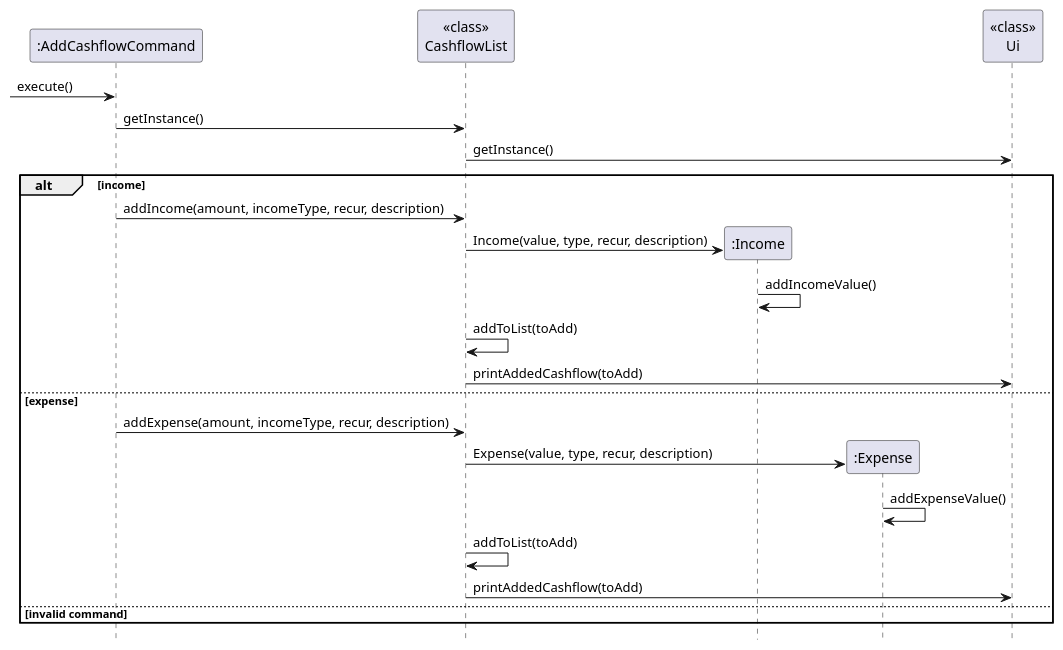
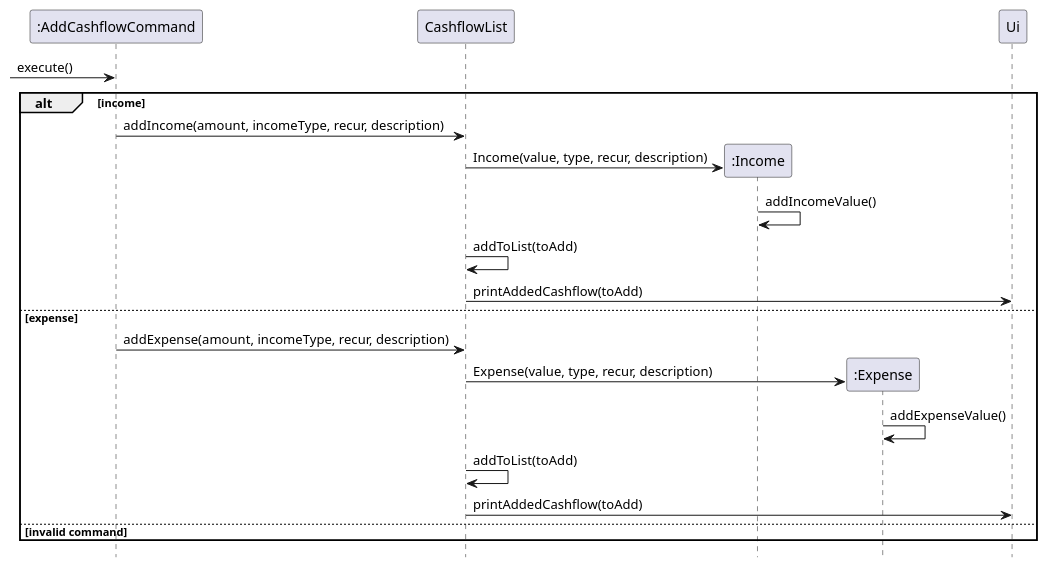
Before and after one commit to nus-cs2113-AY2324S1/tp: the diagram in docs/diagrams/AddCashflowSequence.puml, drawn with PlantUML. The commit also changed 2 other files, not shown here.

Commit message:
Remove getInstance methods from class and sequence diagrams

```diff
--- a/docs/diagrams/AddCashflowSequence.puml
+++ b/docs/diagrams/AddCashflowSequence.puml
@@ -1,31 +1,29 @@
 @startuml
 
 participant ":AddCashflowCommand" as AddCashflowCommand
-participant "<<class>>\nCashflowList" as CashflowList
+participant "CashflowList" as CashflowList
 participant ":Income" as Income
 participant ":Expense" as Expense
-participant "<<class>>\nUi" as Ui
+participant "Ui" as Ui
 
 -> AddCashflowCommand: execute()
-AddCashflowCommand -> CashflowList: getInstance()
-CashflowList -> Ui: getInstance()
 alt income
     AddCashflowCommand -> CashflowList: addIncome(amount, incomeType, recur, description)
     create Income
     CashflowList -> Income: Income(value, type, recur, description)
     Income -> Income: addIncomeValue()
     CashflowList -> CashflowList: addToList(toAdd)
     CashflowList -> Ui: printAddedCashflow(toAdd)
 
 else expense
     AddCashflowCommand -> CashflowList: addExpense(amount, incomeType, recur, description)
     create Expense
     CashflowList -> Expense: Expense(value, type, recur, description)
     Expense -> Expense: addExpenseValue()
     CashflowList -> CashflowList: addToList(toAdd)
     CashflowList -> Ui: printAddedCashflow(toAdd)
 else invalid command
 end
 
 hide footbox
 @enduml
```
